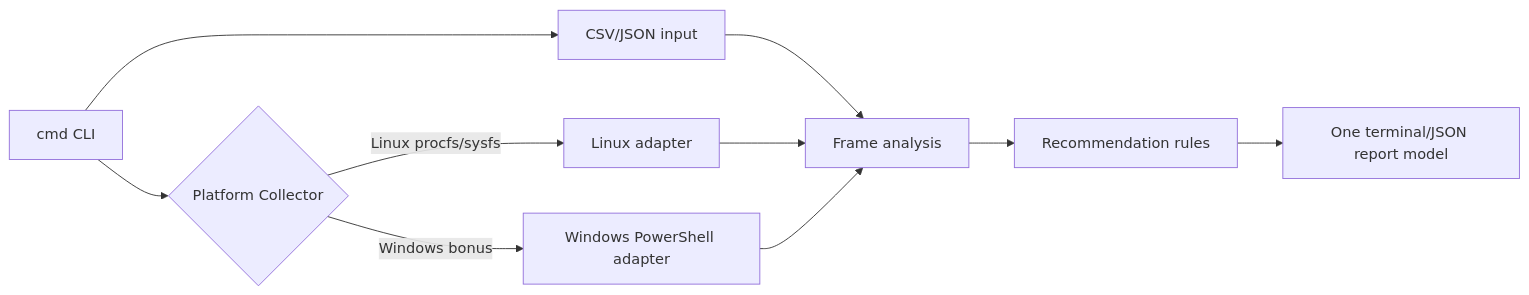
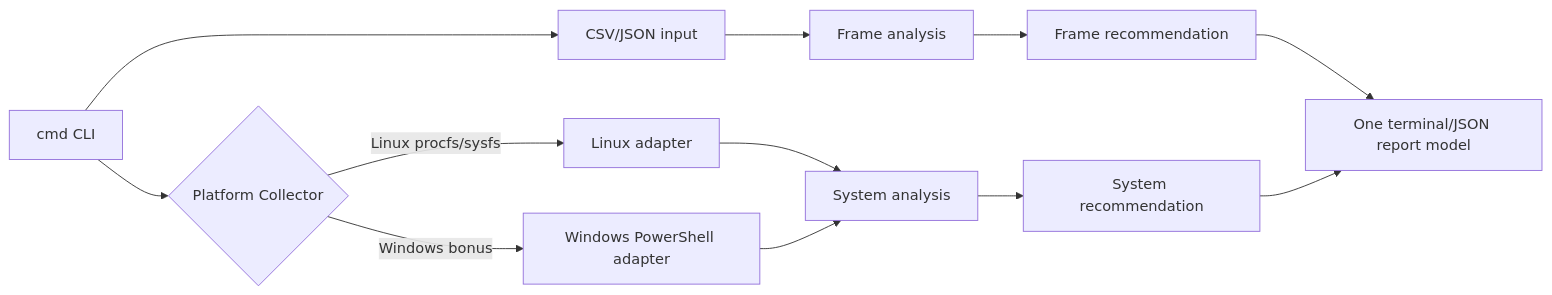
The diagram in README.md (lwyKevin/game-performance-advisor), drawn with Mermaid before and after one commit. The commit also changed other lines of this file, not shown here.

````diff
--- a/README.md
+++ b/README.md
@@ -126,13 +132,15 @@
 ```mermaid
 flowchart LR
     CLI[cmd CLI] --> INPUT[CSV/JSON input]
-    INPUT --> ANALYSIS[Frame analysis]
-    ANALYSIS --> RECOMMEND[Recommendation rules]
-    RECOMMEND --> REPORT[One terminal/JSON report model]
+    INPUT --> FRAME_ANALYSIS[Frame analysis]
+    FRAME_ANALYSIS --> FRAME_RECOMMEND[Frame recommendation]
+    FRAME_RECOMMEND --> REPORT[One terminal/JSON report model]
 
     CLI --> COLLECTOR{Platform Collector}
     COLLECTOR -->|Linux procfs/sysfs| LINUX[Linux adapter]
     COLLECTOR -->|Windows bonus| WINDOWS[Windows PowerShell adapter]
-    LINUX --> ANALYSIS
-    WINDOWS --> ANALYSIS
+    LINUX --> SYSTEM_ANALYSIS[System analysis]
+    WINDOWS --> SYSTEM_ANALYSIS
+    SYSTEM_ANALYSIS --> SYSTEM_RECOMMEND[System recommendation]
+    SYSTEM_RECOMMEND --> REPORT
 ```
````
